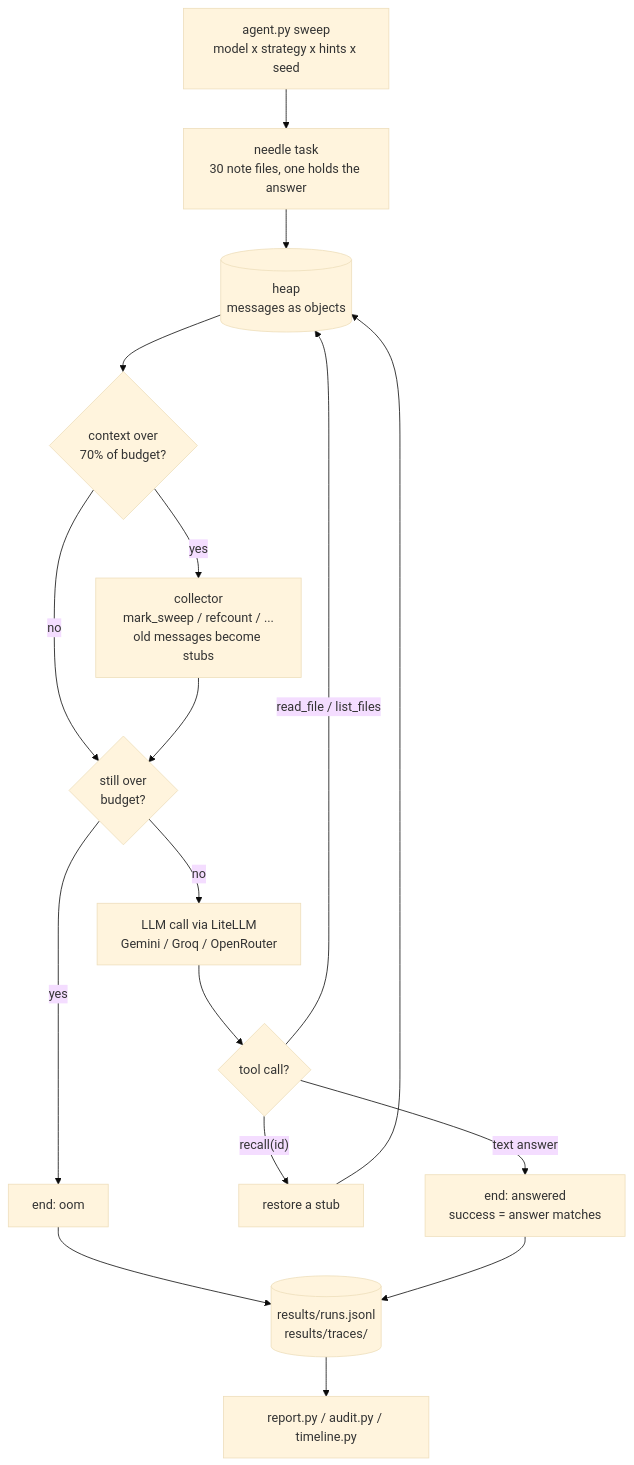
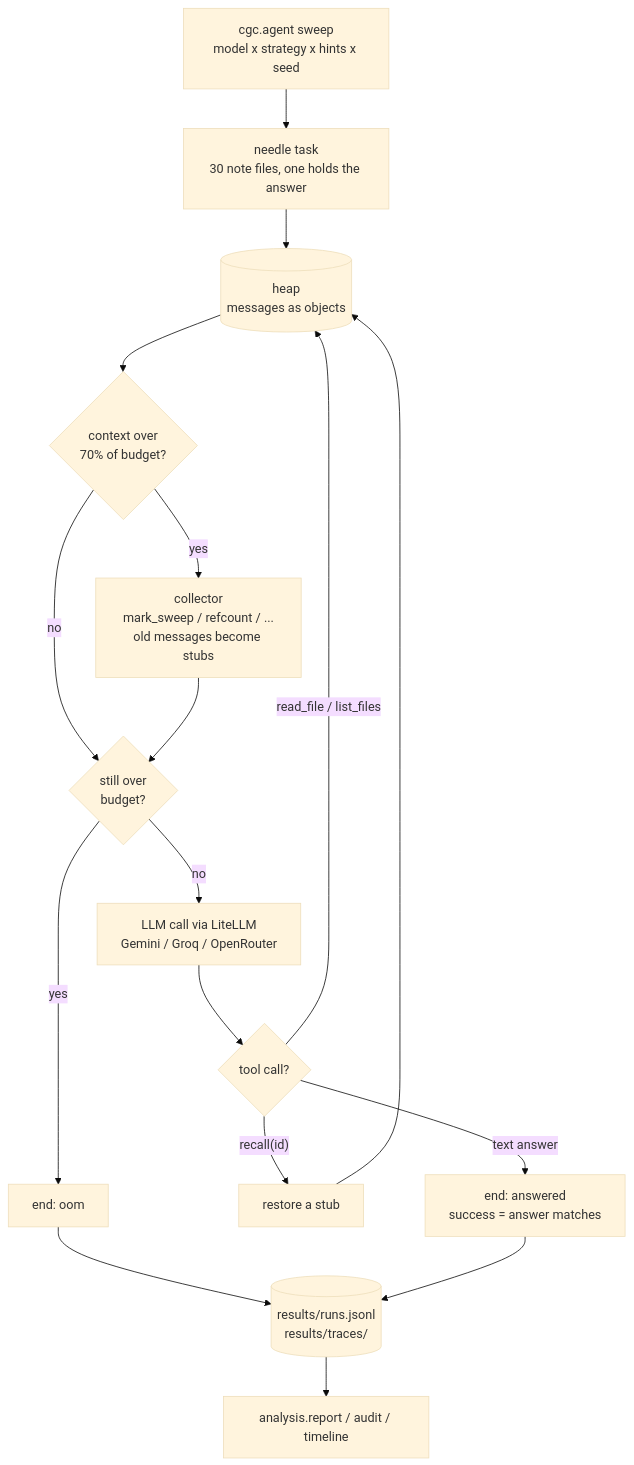
The first of 2 diagrams in README.md (ser888gio/context-garbage-collector), drawn with Mermaid (base theme) before and after one commit. The commit also changed other lines of this file and 17 other files, not shown here.

Commit message:
Move code into cgc/ and analysis/ packages, add pyproject

````diff
--- a/README.md
+++ b/README.md
@@ -13,18 +13,18 @@
 ```mermaid
 flowchart TD
-    S[agent.py sweep<br/>model x strategy x hints x seed] --> T[needle task<br/>30 note files, one holds the answer]
+    S[cgc.agent sweep<br/>model x strategy x hints x seed] --> T[needle task<br/>30 note files, one holds the answer]
     T --> H[(heap<br/>messages as objects)]
     H --> C{context over<br/>70% of budget?}
     C -- yes --> G[collector<br/>mark_sweep / refcount / ...<br/>old messages become stubs]
     C -- no --> O
     G --> O{still over<br/>budget?}
     O -- yes --> X[end: oom]
     O -- no --> L[LLM call via LiteLLM<br/>Gemini / Groq / OpenRouter]
     L --> A{tool call?}
     A -- read_file / list_files --> H
     A -- "recall(id)" --> R[restore a stub] --> H
     A -- text answer --> E[end: answered<br/>success = answer matches]
     X --> W[(results/runs.jsonl<br/>results/traces/)]
     E --> W
-    W --> P[report.py / audit.py / timeline.py]
+    W --> P[analysis.report / audit / timeline]
 ```
````
